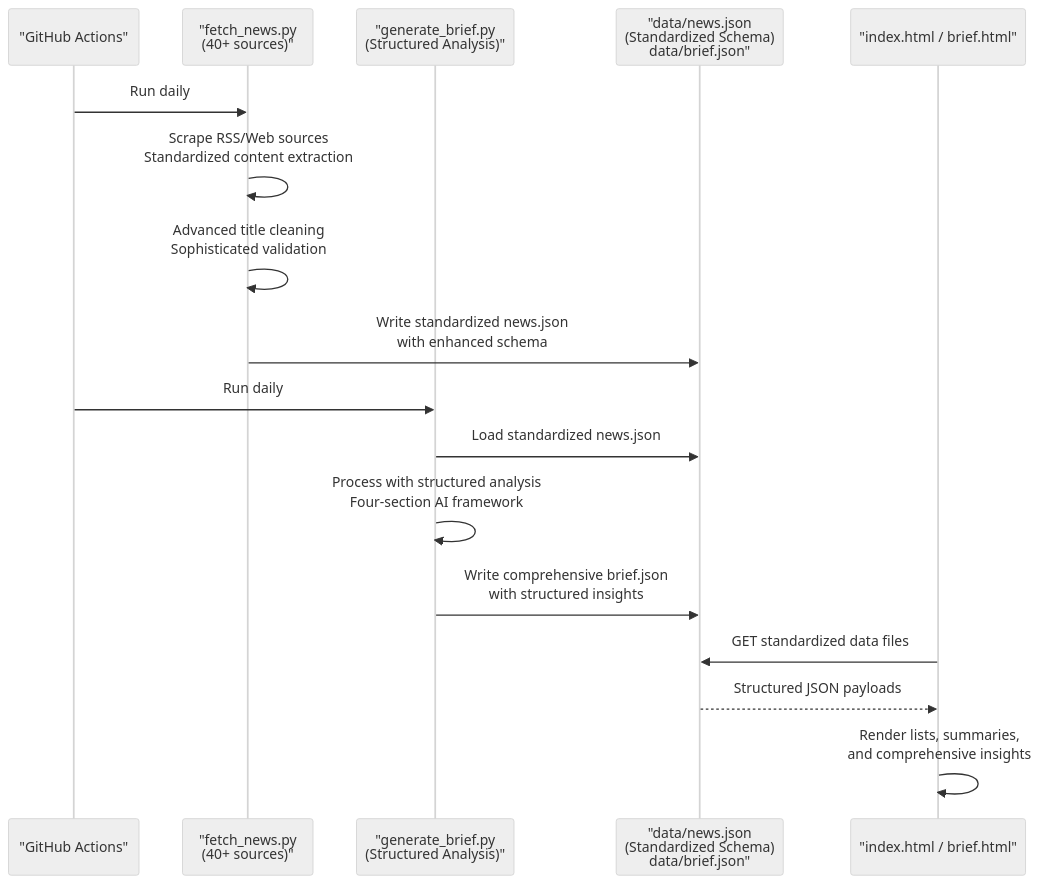
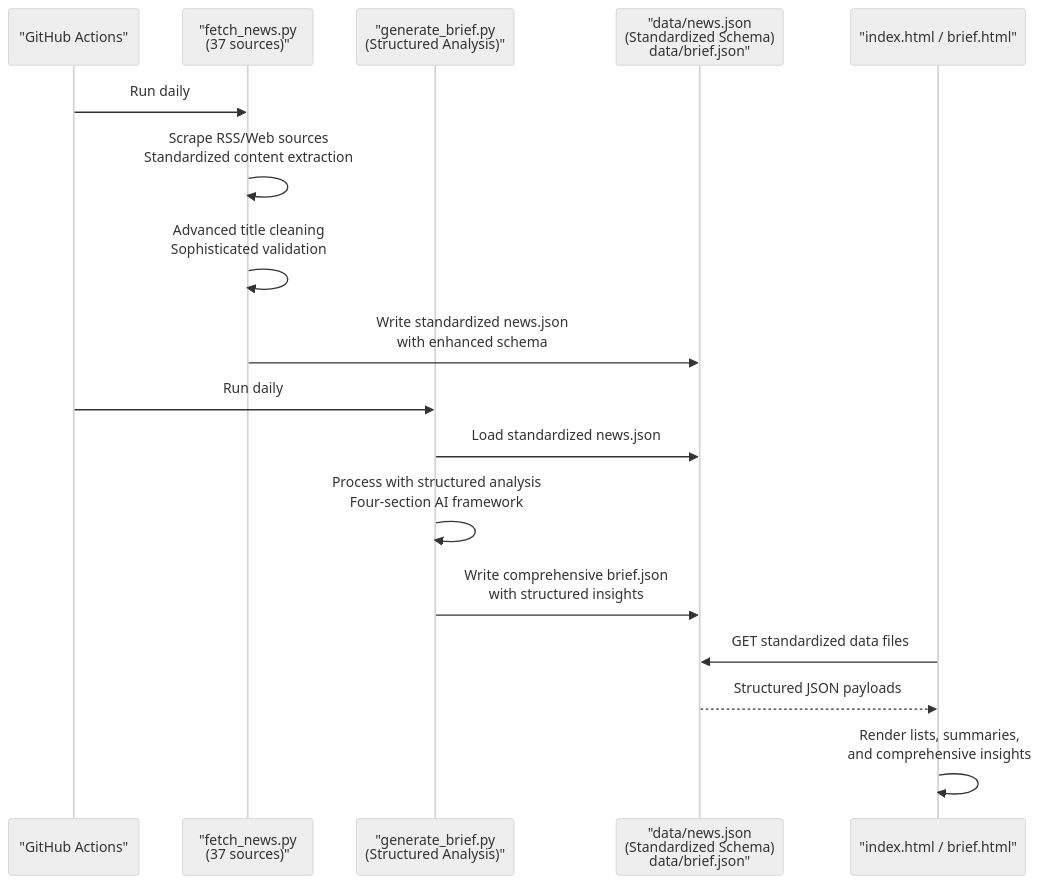
Before and after one commit to junxie01/daily_news: the second of 4 diagrams in .qoder/repowiki/en/content/Data Management.md, drawn with Mermaid (neutral theme). The commit also changed other lines of this file and 5 other files, not shown here.

````diff
--- a/.qoder/repowiki/en/content/Data Management.md
+++ b/.qoder/repowiki/en/content/Data Management.md
@@ -103,19 +105,19 @@
 ```mermaid
 sequenceDiagram
 participant Scheduler as "GitHub Actions"
-participant Fetcher as "fetch_news.py<br/>(40+ sources)"
+participant Fetcher as "fetch_news.py<br/>(37 sources)"
 participant AIGenerator as "generate_brief.py<br/>(Structured Analysis)"
 participant Storage as "data/news.json<br/>(Standardized Schema)<br/>data/brief.json"
 participant Browser as "index.html / brief.html"
 Scheduler->>Fetcher : Run daily
 Fetcher->>Fetcher : Scrape RSS/Web sources<br/>Standardized content extraction
 Fetcher->>Fetcher : Advanced title cleaning<br/>Sophisticated validation
 Fetcher->>Storage : Write standardized news.json<br/>with enhanced schema
 Scheduler->>AIGenerator : Run daily
 AIGenerator->>Storage : Load standardized news.json
 AIGenerator->>AIGenerator : Process with structured analysis<br/>Four-section AI framework
 AIGenerator->>Storage : Write comprehensive brief.json<br/>with structured insights
 Browser->>Storage : GET standardized data files
 Storage-->>Browser : Structured JSON payloads
 Browser->>Browser : Render lists, summaries,<br/>and comprehensive insights
 ```
````
